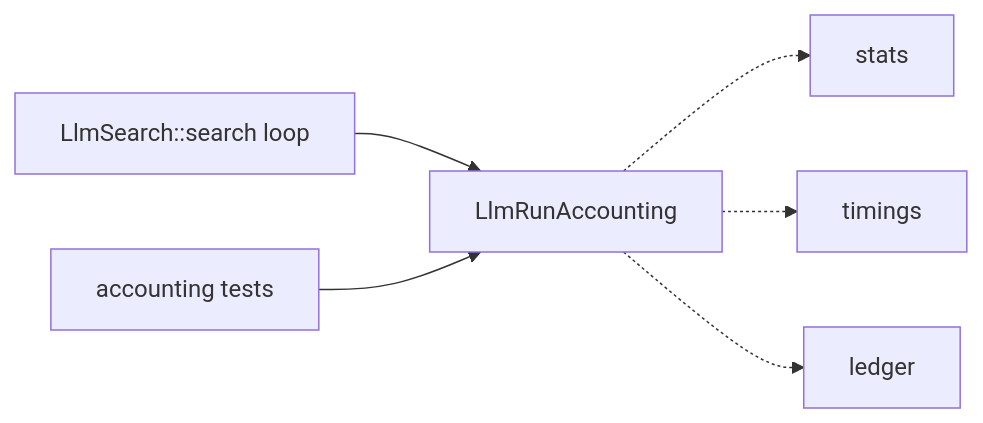
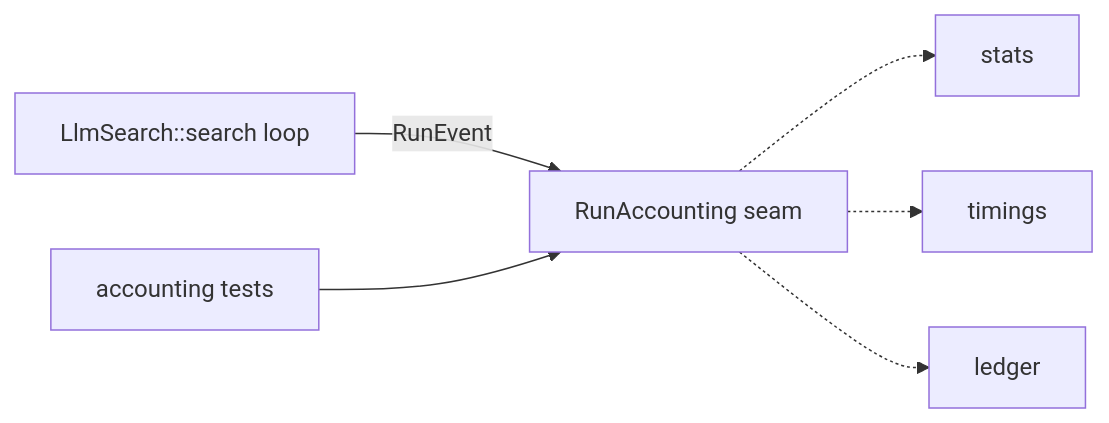
One commit to pmatos/s11 changed the second of 4 diagrams in .architecture/reviews/2026-09-02-llm-search-stats-accumulator.md. Above: the diagram before and after it, drawn with Mermaid. The commit also changed other lines of this file and 1 other file, not shown here.

Commit message:
docs(architecture): mark llm-search-stats-accumulator in-flight (#812)

````diff
--- a/.architecture/reviews/2026-09-02-llm-search-stats-accumulator.md
+++ b/.architecture/reviews/2026-09-02-llm-search-stats-accumulator.md
@@ -51,8 +51,8 @@
 ```mermaid
 graph LR
-  L[LlmSearch::search loop] --> A[LlmRunAccounting]
+  L[LlmSearch::search loop] -->|RunEvent| A[RunAccounting seam]
   A -.-> S[stats]
   A -.-> T[timings]
   A -.-> G[ledger]
   TESTS[accounting tests] --> A
 ```
````
